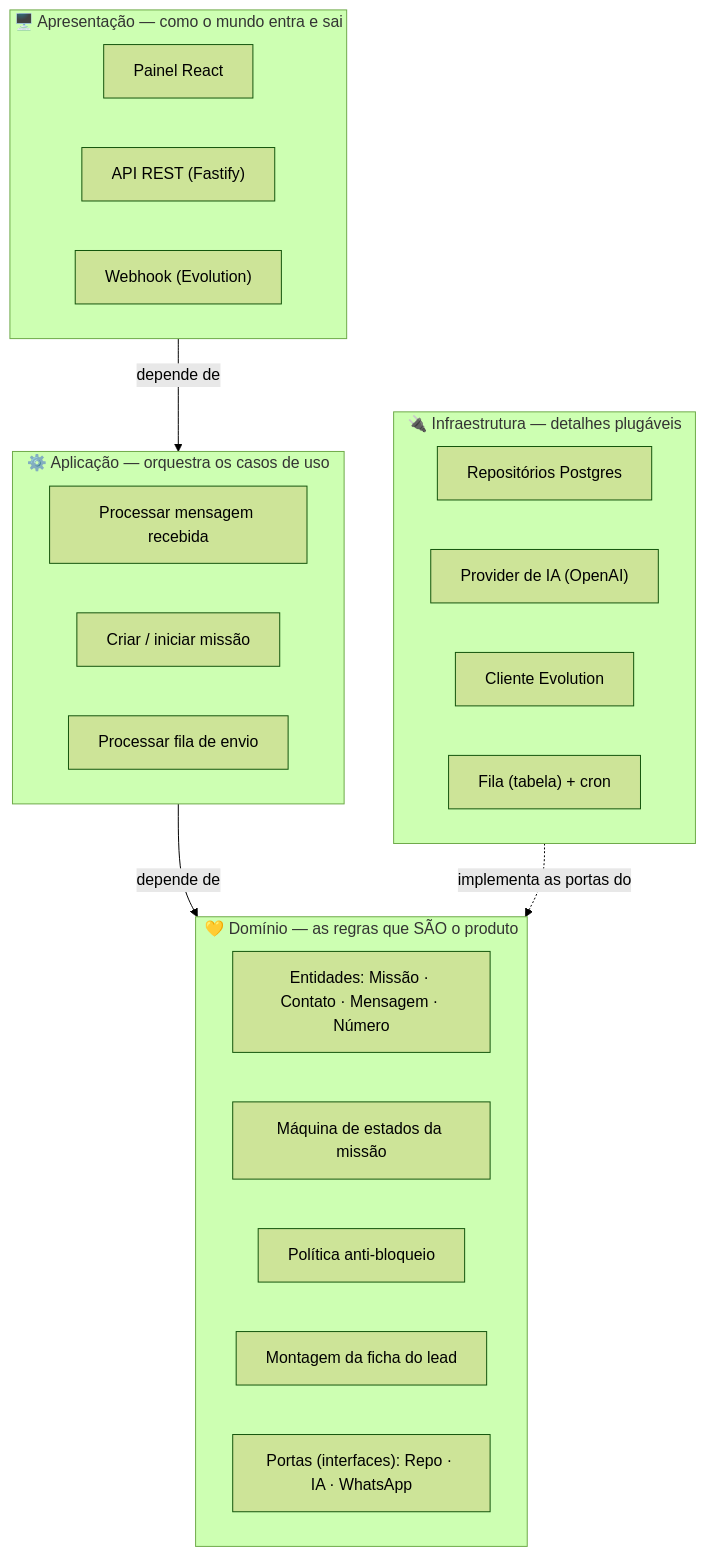
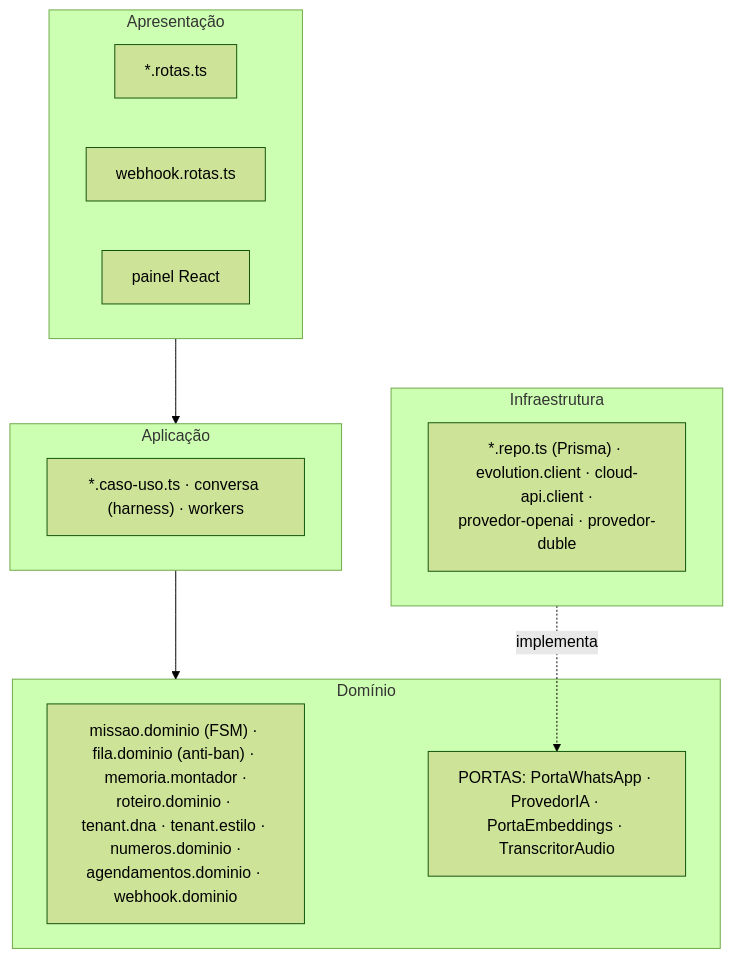
Before and after one commit to pethrus07/commagente: the second of 2 diagrams in docs/ARQUITETURA.md, drawn with Mermaid (forest theme). The commit also changed other lines of this file and 66 other files, not shown here.

````diff
--- a/docs/ARQUITETURA.md
+++ b/docs/ARQUITETURA.md
@@ -73,30 +166,20 @@
 ```mermaid
 flowchart TB
-    subgraph L1["🖥️ Apresentação — como o mundo entra e sai"]
-      UI["Painel React"]
-      REST["API REST (Fastify)"]
-      WH["Webhook (Evolution)"]
-    end
-    subgraph L2["⚙️ Aplicação — orquestra os casos de uso"]
-      UC1["Processar mensagem recebida"]
-      UC2["Criar / iniciar missão"]
-      UC3["Processar fila de envio"]
-    end
-    subgraph L3["💛 Domínio — as regras que SÃO o produto"]
-      ENT["Entidades: Missão · Contato · Mensagem · Número"]
-      FSM["Máquina de estados da missão"]
-      ANTI["Política anti-bloqueio"]
-      FICHA["Montagem da ficha do lead"]
-      PORTS["Portas (interfaces): Repo · IA · WhatsApp"]
-    end
-    subgraph L4["🔌 Infraestrutura — detalhes plugáveis"]
-      REPO["Repositórios Postgres"]
-      LLM["Provider de IA (OpenAI)"]
-      EVO["Cliente Evolution"]
-      QUEUE["Fila (tabela) + cron"]
-    end
-
-    L1 -->|depende de| L2
-    L2 -->|depende de| L3
-    L4 -.->|implementa as portas do| L3
+  subgraph L1["Apresentação"]
+    R["*.rotas.ts"]
+    WH["webhook.rotas.ts"]
+    UI["painel React"]
+  end
+  subgraph L2["Aplicação"]
+    UC["*.caso-uso.ts · conversa (harness) · workers"]
+  end
+  subgraph L3["Domínio"]
+    D["missao.dominio (FSM) · fila.dominio (anti-ban) · memoria.montador ·<br/>roteiro.dominio · tenant.dna · tenant.estilo · numeros.dominio ·<br/>agendamentos.dominio · webhook.dominio"]
+    P["PORTAS: PortaWhatsApp · ProvedorIA · PortaEmbeddings · TranscritorAudio"]
+  end
+  subgraph L4["Infraestrutura"]
+    I["*.repo.ts (Prisma) · evolution.client · cloud-api.client ·<br/>provedor-openai · provedor-duble"]
+  end
+  L1 --> L2 --> L3
+  L4 -.->|implementa| P
 ```
````
